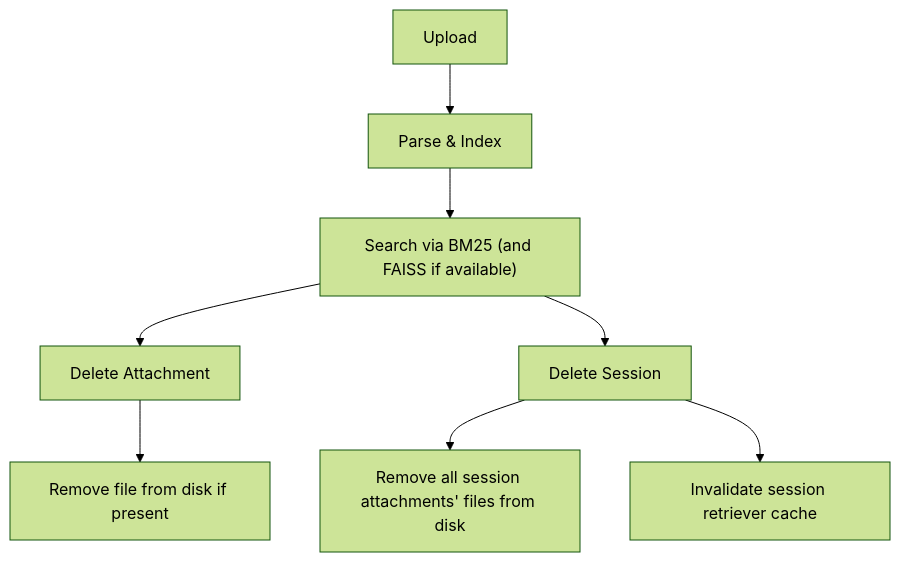
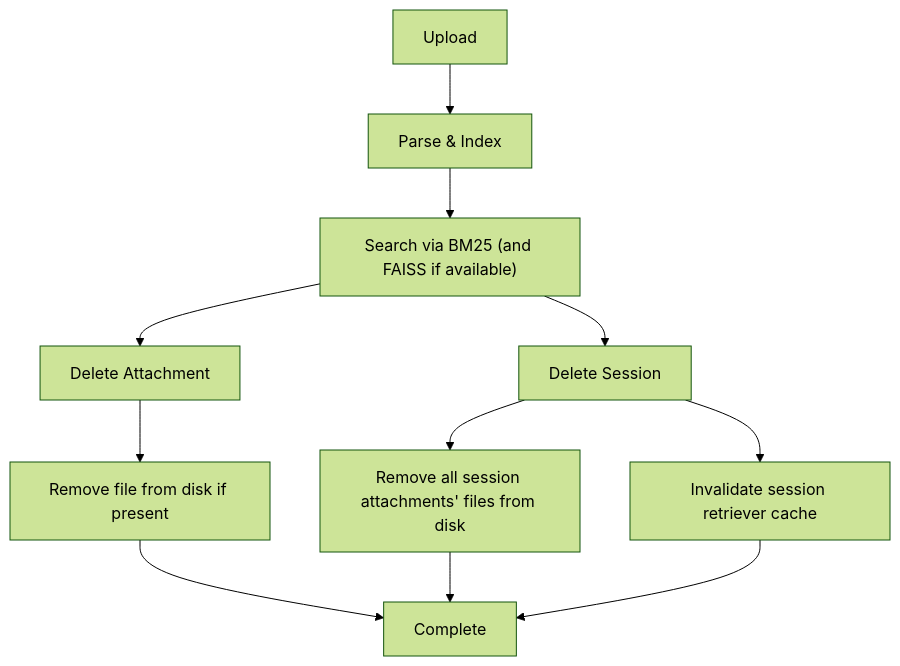
Before and after one commit to Sovetsky-Soyuz/AI-Assistant: the sixth of 7 diagrams in .qoder/repowiki/en/content/Backend Components/Memory Management and Persistence/Attachment and File Management.md, drawn with Mermaid (forest theme). The commit also changed other lines of this file and 14 other files, not shown here.

````diff
--- a/.qoder/repowiki/en/content/Backend Components/Memory Management and Persistence/Attachment and File Management.md
+++ b/.qoder/repowiki/en/content/Backend Components/Memory Management and Persistence/Attachment and File Management.md
@@ -233,10 +257,13 @@
 ```mermaid
 flowchart TD
 U["Upload"] --> P["Parse & Index"]
 P --> R["Search via BM25 (and FAISS if available)"]
 R --> D1["Delete Attachment"]
 R --> D2["Delete Session"]
 D1 --> C1["Remove file from disk if present"]
 D2 --> C2["Remove all session attachments' files from disk"]
 D2 --> C3["Invalidate session retriever cache"]
+C1 --> E["Complete"]
+C2 --> E
+C3 --> E
 ```
````
